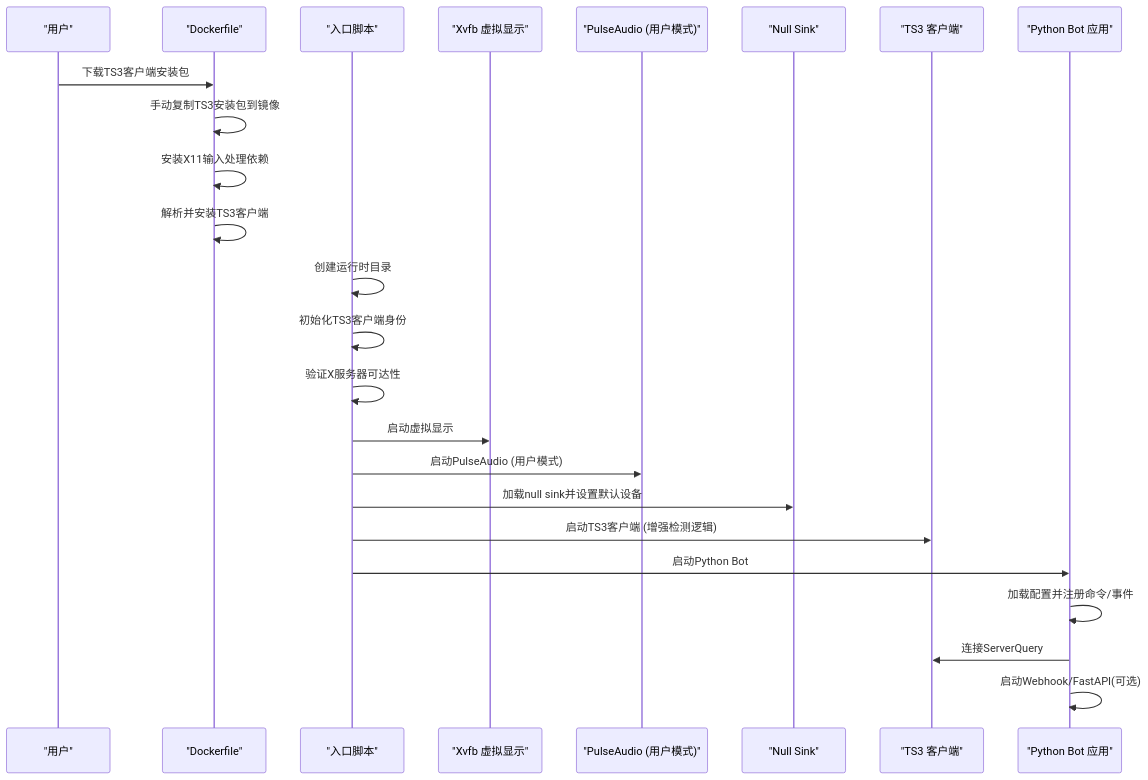
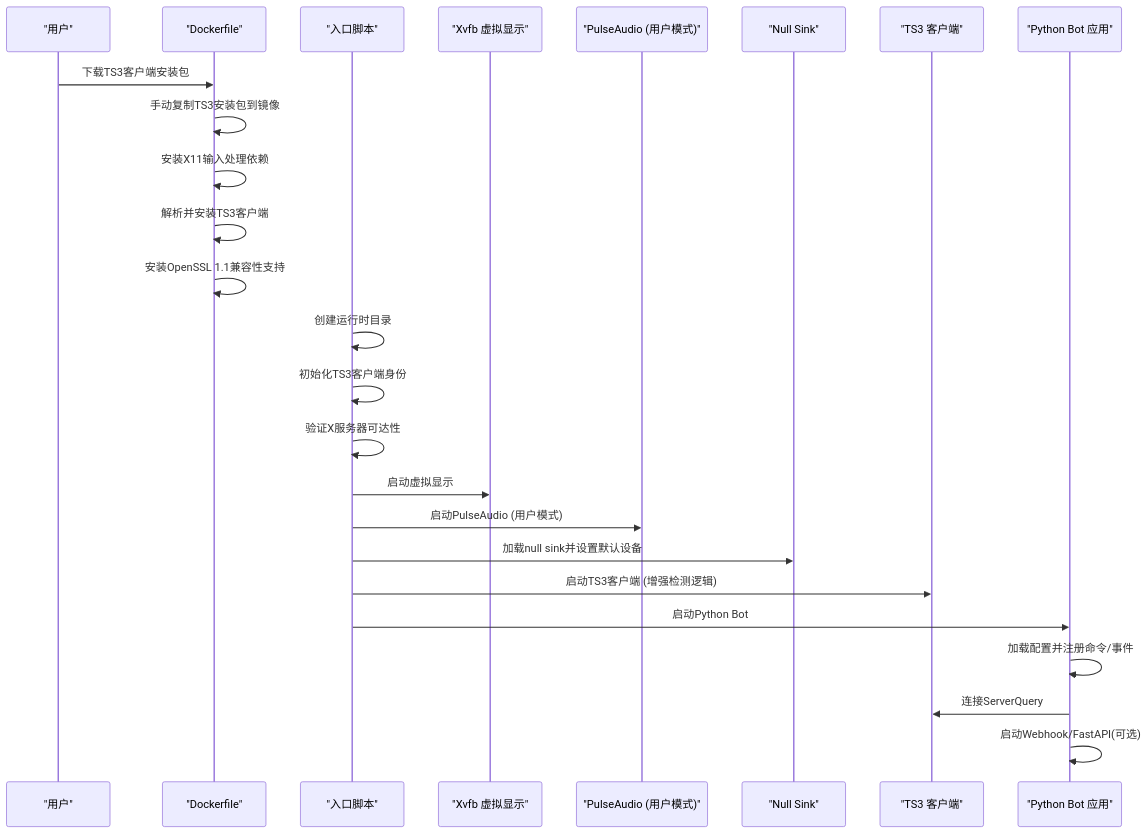
The second of 3 diagrams in .qoder/repowiki/zh/content/部署和运维/Docker容器化部署.md (GhoulOwl/Teamspeak3_Bot), drawn with Mermaid before and after one commit. The commit also changed other lines of this file and 5 other files, not shown here.

````diff
--- a/.qoder/repowiki/zh/content/部署和运维/Docker容器化部署.md
+++ b/.qoder/repowiki/zh/content/部署和运维/Docker容器化部署.md
@@ -113,26 +116,27 @@
 ```mermaid
 sequenceDiagram
 participant User as "用户"
 participant Dockerfile as "Dockerfile"
 participant Entrypoint as "入口脚本"
 participant Xvfb as "Xvfb 虚拟显示"
 participant Pulse as "PulseAudio (用户模式)"
 participant NullSink as "Null Sink"
 participant TS3 as "TS3 客户端"
 participant Bot as "Python Bot 应用"
 User->>Dockerfile : 下载TS3客户端安装包
 Dockerfile->>Dockerfile : 手动复制TS3安装包到镜像
 Dockerfile->>Dockerfile : 安装X11输入处理依赖
 Dockerfile->>Dockerfile : 解析并安装TS3客户端
+Dockerfile->>Dockerfile : 安装OpenSSL 1.1兼容性支持
 Entrypoint->>Entrypoint : 创建运行时目录
 Entrypoint->>Entrypoint : 初始化TS3客户端身份
 Entrypoint->>Entrypoint : 验证X服务器可达性
 Entrypoint->>Xvfb : 启动虚拟显示
 Entrypoint->>Pulse : 启动PulseAudio (用户模式)
 Entrypoint->>NullSink : 加载null sink并设置默认设备
 Entrypoint->>TS3 : 启动TS3客户端 (增强检测逻辑)
 Entrypoint->>Bot : 启动Python Bot
 Bot->>Bot : 加载配置并注册命令/事件
 Bot->>TS3 : 连接ServerQuery
 Bot->>Bot : 启动Webhook/FastAPI(可选)
 ```
````
